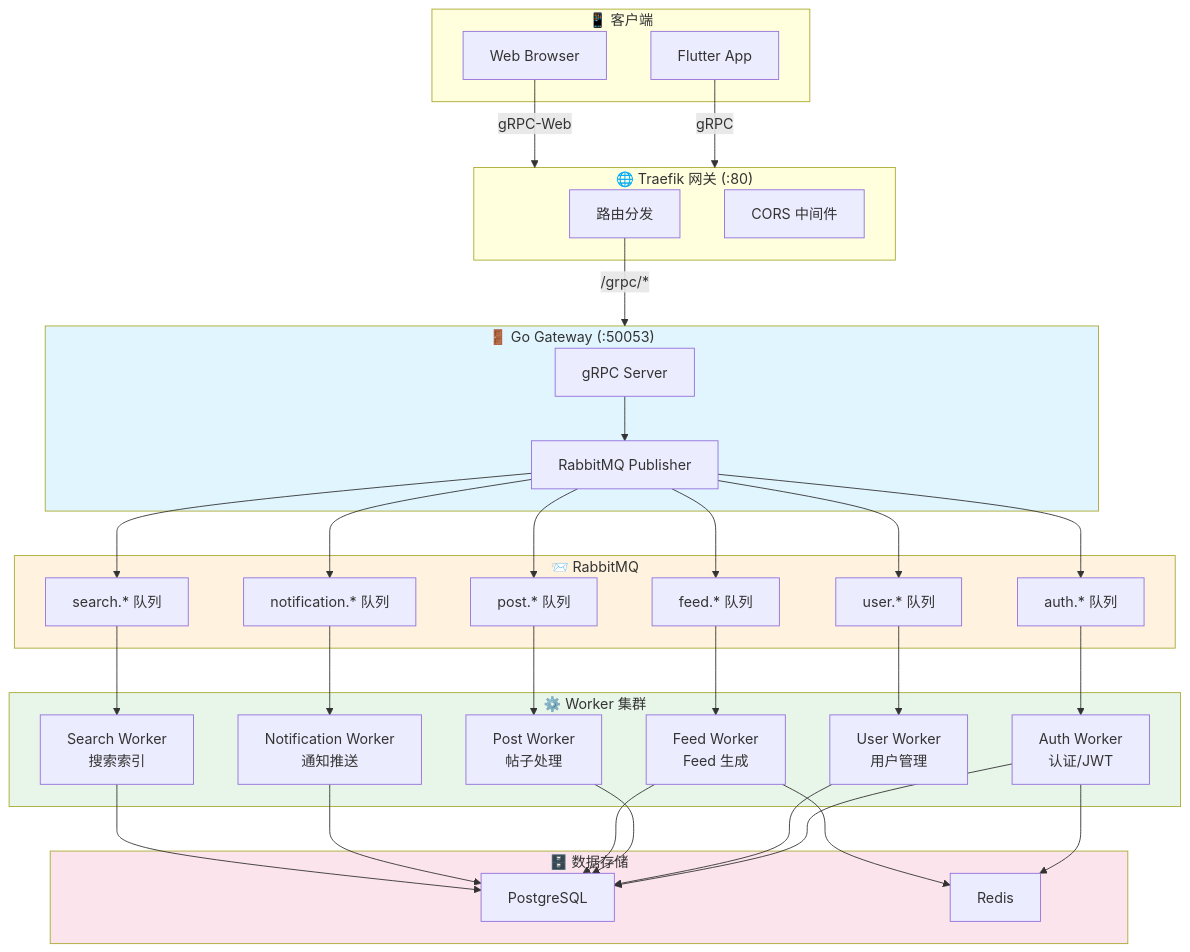
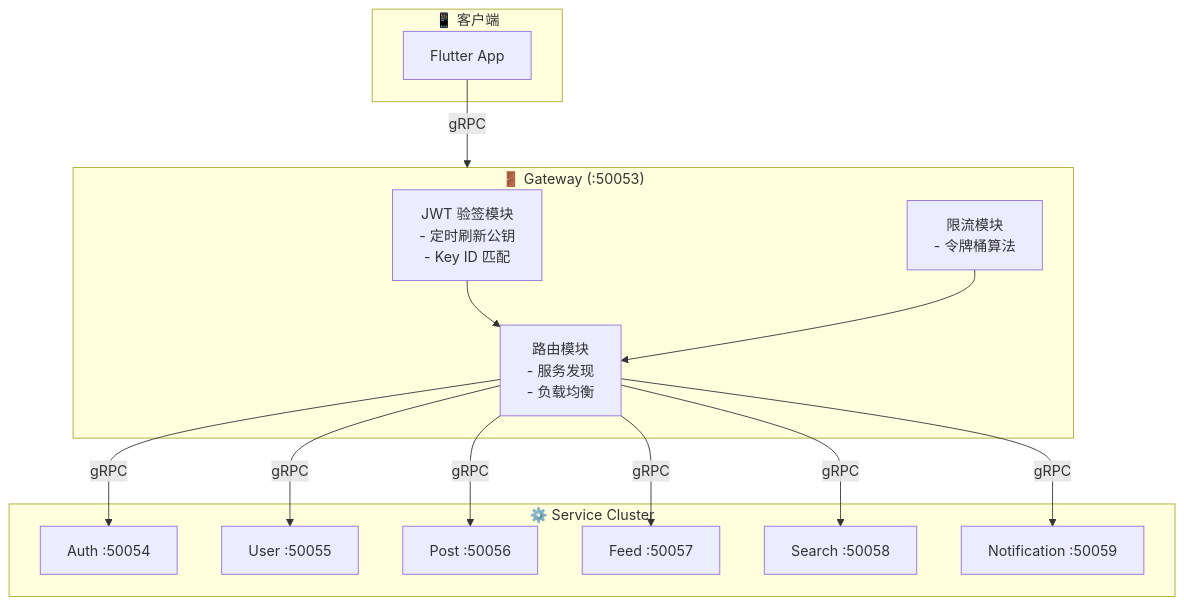
Before and after one commit to funcdfs/lesser: the second of 3 diagrams in docs/架构梳理.md, drawn with Mermaid. The commit also changed other lines of this file and 200 other files, not shown here.

````diff
--- a/docs/架构梳理.md
+++ b/docs/架构梳理.md
@@ -208,79 +243,31 @@
 ```mermaid
 flowchart TB
     subgraph Client["📱 客户端"]
         Flutter["Flutter App"]
-        Web["Web Browser"]
     end
 
-    subgraph Traefik["🌐 Traefik 网关 (:80)"]
-        Router["路由分发"]
-        CORS["CORS 中间件"]
+    subgraph Gateway["🚪 Gateway (:50053)"]
+        JWTValidator["JWT 验签模块<br/>- 定时刷新公钥<br/>- Key ID 匹配"]
+        RateLimiter["限流模块<br/>- 令牌桶算法"]
+        Router["路由模块<br/>- 服务发现<br/>- 负载均衡"]
     end
 
-    subgraph Gateway["🚪 Go Gateway (:50053)"]
-        GRPCServer["gRPC Server"]
-        Publisher["RabbitMQ Publisher"]
+    subgraph Services["⚙️ Service Cluster"]
+        Auth["Auth :50054"]
+        User["User :50055"]
+        Post["Post :50056"]
+        Feed["Feed :50057"]
+        Search["Search :50058"]
+        Notification["Notification :50059"]
     end
 
-    subgraph MQ["📨 RabbitMQ"]
-        AuthQueue["auth.* 队列"]
-        UserQueue["user.* 队列"]
-        PostQueue["post.* 队列"]
-        FeedQueue["feed.* 队列"]
-        NotifQueue["notification.* 队列"]
-        SearchQueue["search.* 队列"]
-    end
-
-    subgraph Workers["⚙️ Worker 集群"]
-        AuthWorker["Auth Worker<br/>认证/JWT"]
-        UserWorker["User Worker<br/>用户管理"]
-        PostWorker["Post Worker<br/>帖子处理"]
-        FeedWorker["Feed Worker<br/>Feed 生成"]
-        NotifWorker["Notification Worker<br/>通知推送"]
-        SearchWorker["Search Worker<br/>搜索索引"]
-    end
-
-    subgraph DataStores["🗄️ 数据存储"]
-        PG["PostgreSQL"]
-        RD["Redis"]
-    end
-
-    %% 客户端到网关
-    Flutter -->|gRPC| Traefik
-    Web -->|gRPC-Web| Traefik
-
-    %% Traefik 路由
-    Router -->|/grpc/*| Gateway
-
-    %% Gateway 发布消息
-    GRPCServer --> Publisher
-    Publisher --> AuthQueue
-    Publisher --> UserQueue
-    Publisher --> PostQueue
-    Publisher --> FeedQueue
-    Publisher --> NotifQueue
-    Publisher --> SearchQueue
-
-    %% Worker 消费消息
-    AuthQueue --> AuthWorker
-    UserQueue --> UserWorker
-    PostQueue --> PostWorker
-    FeedQueue --> FeedWorker
-    NotifQueue --> NotifWorker
-    SearchQueue --> SearchWorker
-
-    %% Worker 访问数据
-    AuthWorker --> PG
-    AuthWorker --> RD
-    UserWorker --> PG
-    PostWorker --> PG
-    FeedWorker --> PG
-    FeedWorker --> RD
-    NotifWorker --> PG
-    SearchWorker --> PG
-
-    style Gateway fill:#e1f5fe
-    style MQ fill:#fff3e0
-    style Workers fill:#e8f5e9
-    style DataStores fill:#fce4ec
+    Flutter -->|gRPC| Gateway
+    JWTValidator --> Router
+    RateLimiter --> Router
+    Router -->|gRPC| Auth
+    Router -->|gRPC| User
+    Router -->|gRPC| Post
+    Router -->|gRPC| Feed
+    Router -->|gRPC| Search
+    Router -->|gRPC| Notification
 ```
````
